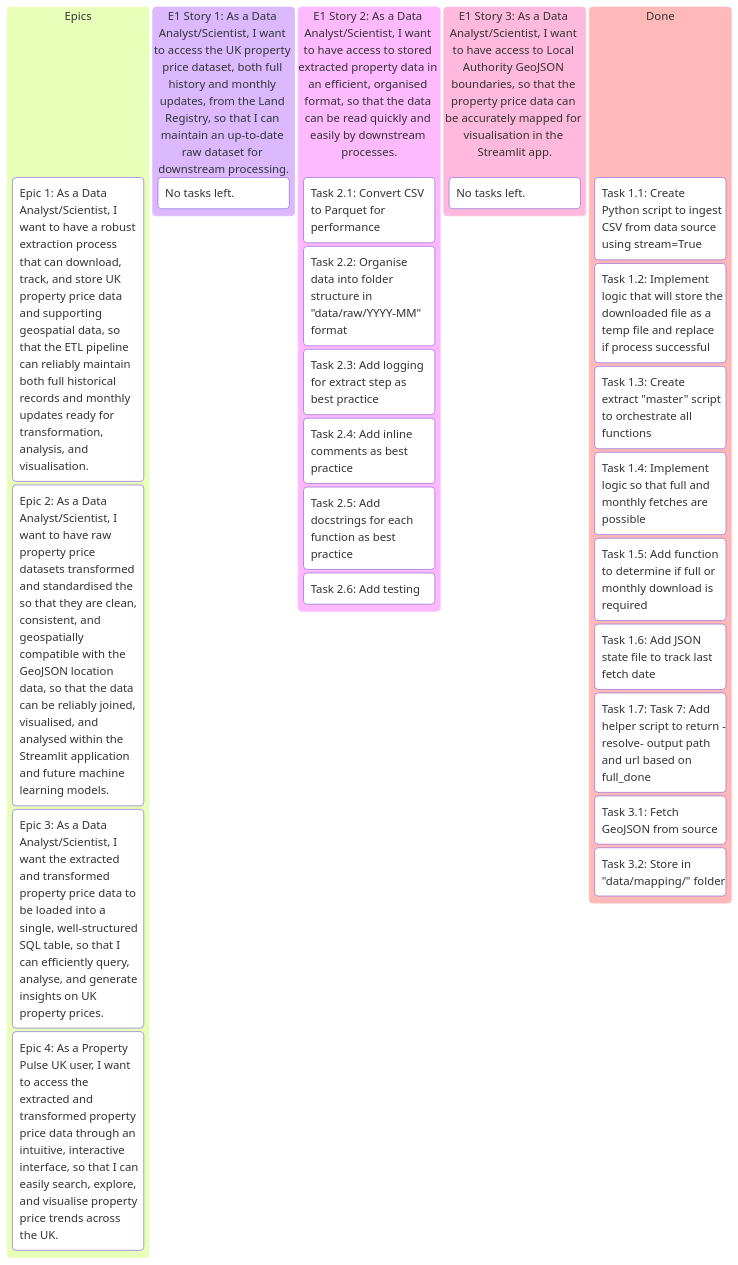
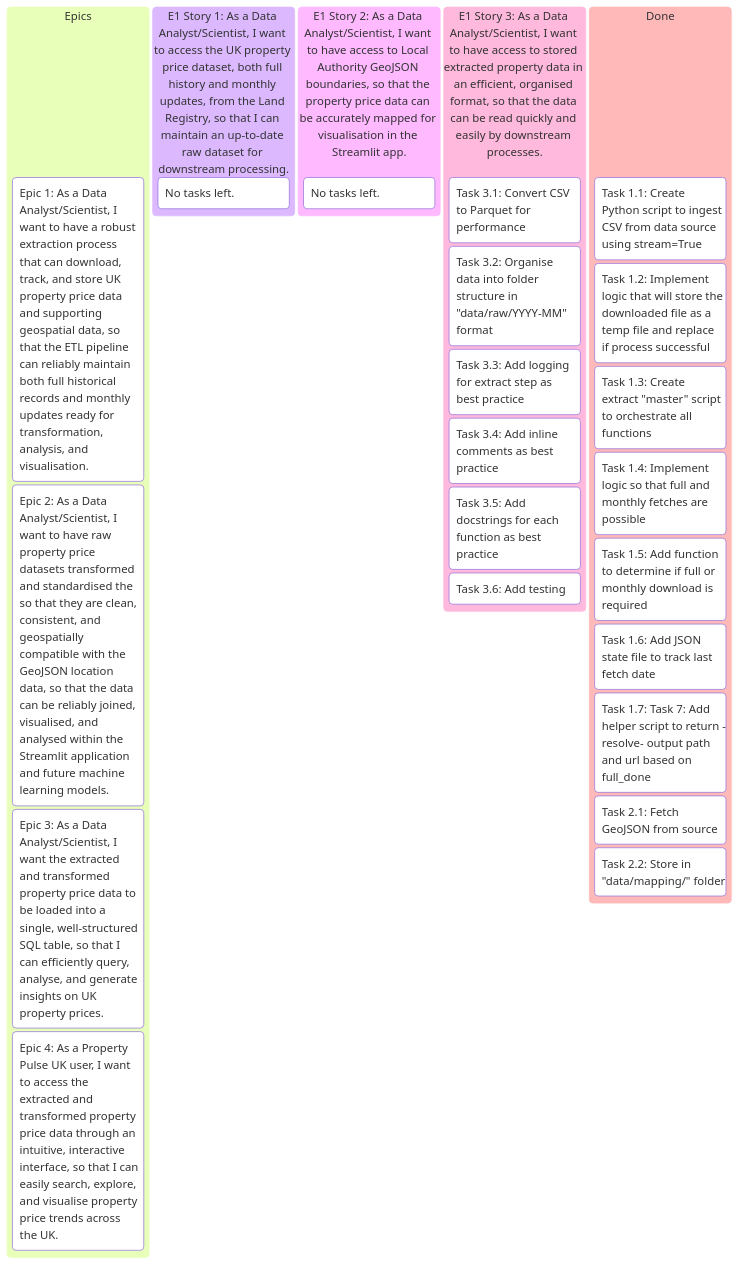
Before and after one commit to pavlekovic/property-pulse-uk: the first of 2 diagrams in README.md, drawn with Mermaid.

Commit message:
README update

````diff
--- a/README.md
+++ b/README.md
@@ -179,37 +179,37 @@
 ```mermaid
 kanban
     Epics
         (Epic 1: As a Data Analyst/Scientist, I want to have a robust extraction process that can download, track, and store UK property price data and supporting geospatial data, so that the ETL pipeline can reliably maintain both full historical records and monthly updates ready for transformation, analysis, and visualisation.)
 
         (Epic 2: As a Data Analyst/Scientist, I want to have raw property price datasets transformed and standardised the so that they are clean, consistent, and geospatially compatible with the GeoJSON location data, so that the data can be reliably joined, visualised, and analysed within the Streamlit application and future machine learning models.)
 
         (Epic 3: As a Data Analyst/Scientist, I want the extracted and transformed property price data to be loaded into a single, well-structured SQL table, so that I can efficiently query, analyse, and generate insights on UK property prices.)
 
         (Epic 4: As a Property Pulse UK user, I want to access the extracted and transformed property price data through an intuitive, interactive interface, so that I can easily search, explore, and visualise property price trends across the UK.)
 
     (E1 Story 1: As a Data Analyst/Scientist, I want to access the UK property price dataset, both full history and monthly updates, from the Land Registry, so that I can maintain an up-to-date raw dataset for downstream processing.)
         No tasks left.
 
-    (E1 Story 2: As a Data Analyst/Scientist, I want to have access to stored extracted property data in an efficient, organised format, so that the data can be read quickly and easily by downstream processes.)
-        Task 2.1: Convert CSV to Parquet for performance
-        Task 2.2: Organise data into folder structure in "data/raw/YYYY-MM" format
-        Task 2.3: Add logging for extract step as best practice
-        Task 2.4: Add inline comments as best practice
-        Task 2.5: Add docstrings for each function as best practice
-        Task 2.6: Add testing
+    (E1 Story 2: As a Data Analyst/Scientist, I want to have access to Local Authority GeoJSON boundaries, so that the property price data can be accurately mapped for visualisation in the Streamlit app.)
+        No tasks left.
 
-    (E1 Story 3: As a Data Analyst/Scientist, I want to have access to Local Authority GeoJSON boundaries, so that the property price data can be accurately mapped for visualisation in the Streamlit app.)
-        No tasks left.
+    (E1 Story 3: As a Data Analyst/Scientist, I want to have access to stored extracted property data in an efficient, organised format, so that the data can be read quickly and easily by downstream processes.)
+        Task 3.1: Convert CSV to Parquet for performance
+        Task 3.2: Organise data into folder structure in "data/raw/YYYY-MM" format
+        Task 3.3: Add logging for extract step as best practice
+        Task 3.4: Add inline comments as best practice
+        Task 3.5: Add docstrings for each function as best practice
+        Task 3.6: Add testing
 
     Done
         Task 1.1: Create Python script to ingest CSV from data source using stream=True
         Task 1.2: Implement logic that will store the downloaded file as a temp file and replace if process successful
         Task 1.3: Create extract "master" script to orchestrate all functions
         Task 1.4: Implement logic so that full and monthly fetches are possible
         Task 1.5: Add function to determine if full or monthly download is required
         Task 1.6: Add JSON state file to track last fetch date
         Task 1.7: Task 7: Add helper script to return -resolve- output path and url based on full_done
-        Task 3.1: Fetch GeoJSON from source
-        Task 3.2: Store in "data/mapping/" folder
+        Task 2.1: Fetch GeoJSON from source
+        Task 2.2: Store in "data/mapping/" folder
      
 ```
````
